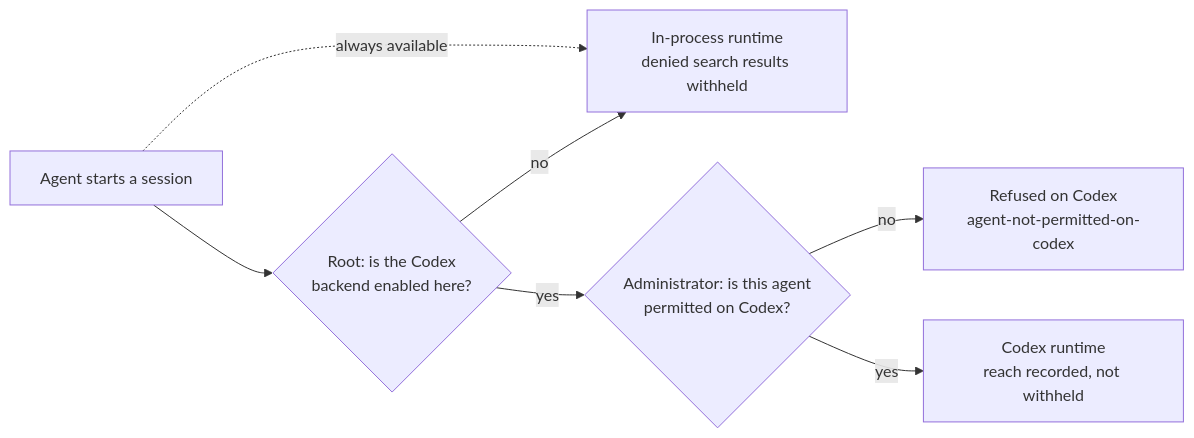
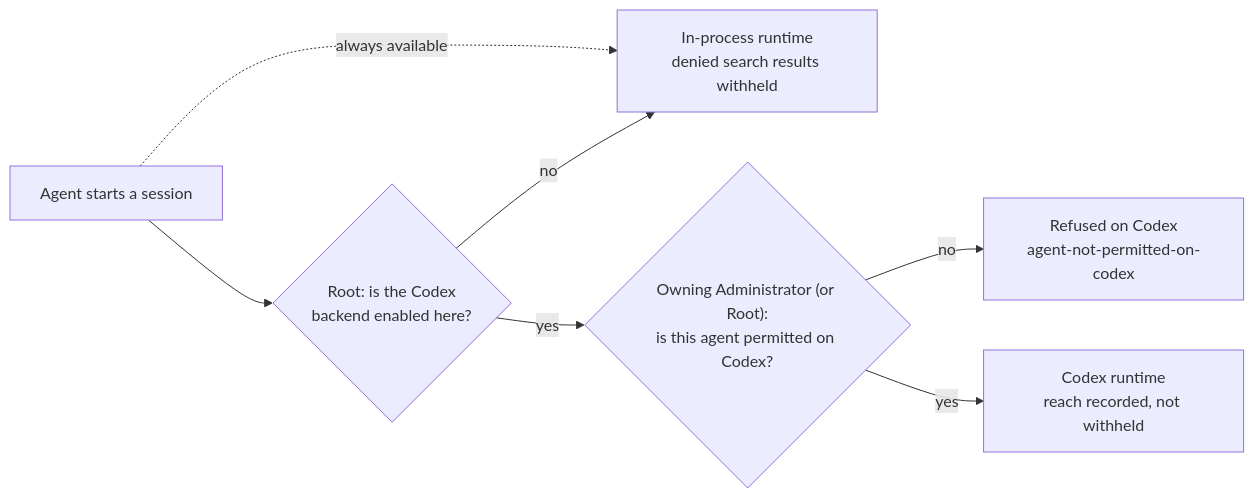
One commit to KinanRadaideh/openclaw-governance-layer changed diagram 20 of 23 in docs-notes/FIGURES.md. Above: the diagram before and after it, drawn with Mermaid. The commit also changed other lines of this file and 10 other files, not shown here.

````diff
--- a/docs-notes/FIGURES.md
+++ b/docs-notes/FIGURES.md
@@ -1946,9 +2148,9 @@
 ```mermaid
 flowchart LR
   A["Agent starts a session"] --> R{"Root: is the Codex<br/>backend enabled here?"}
   R -->|no| IP["In-process runtime<br/>denied search results withheld"]
-  R -->|yes| AD{"Administrator: is this agent<br/>permitted on Codex?"}
+  R -->|yes| AD{"Owning Administrator (or Root):<br/>is this agent permitted on Codex?"}
   AD -->|no| REF["Refused on Codex<br/>agent-not-permitted-on-codex"]
   AD -->|yes| CX["Codex runtime<br/>reach recorded, not withheld"]
   A -.always available.-> IP
 ```
````
